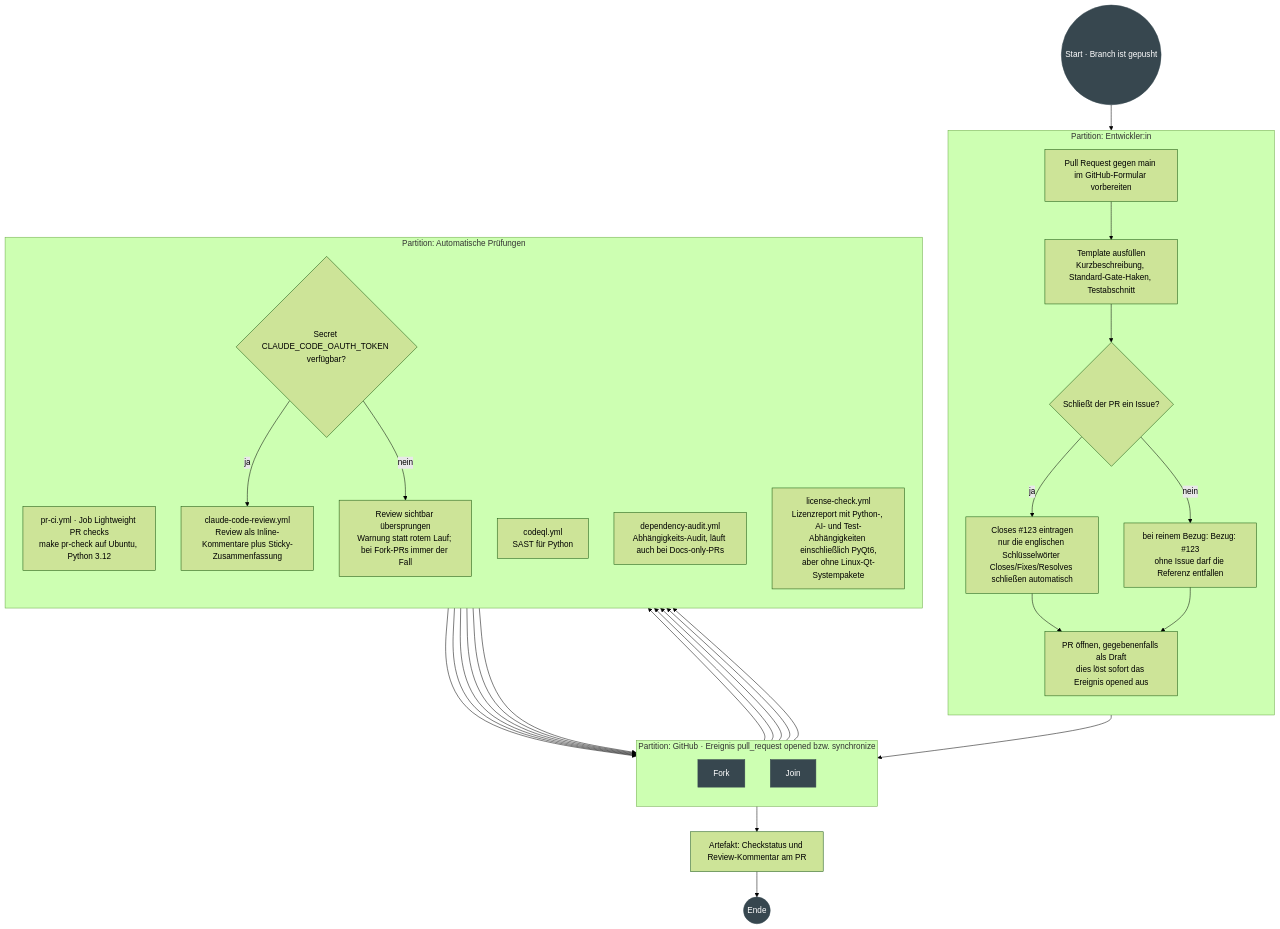
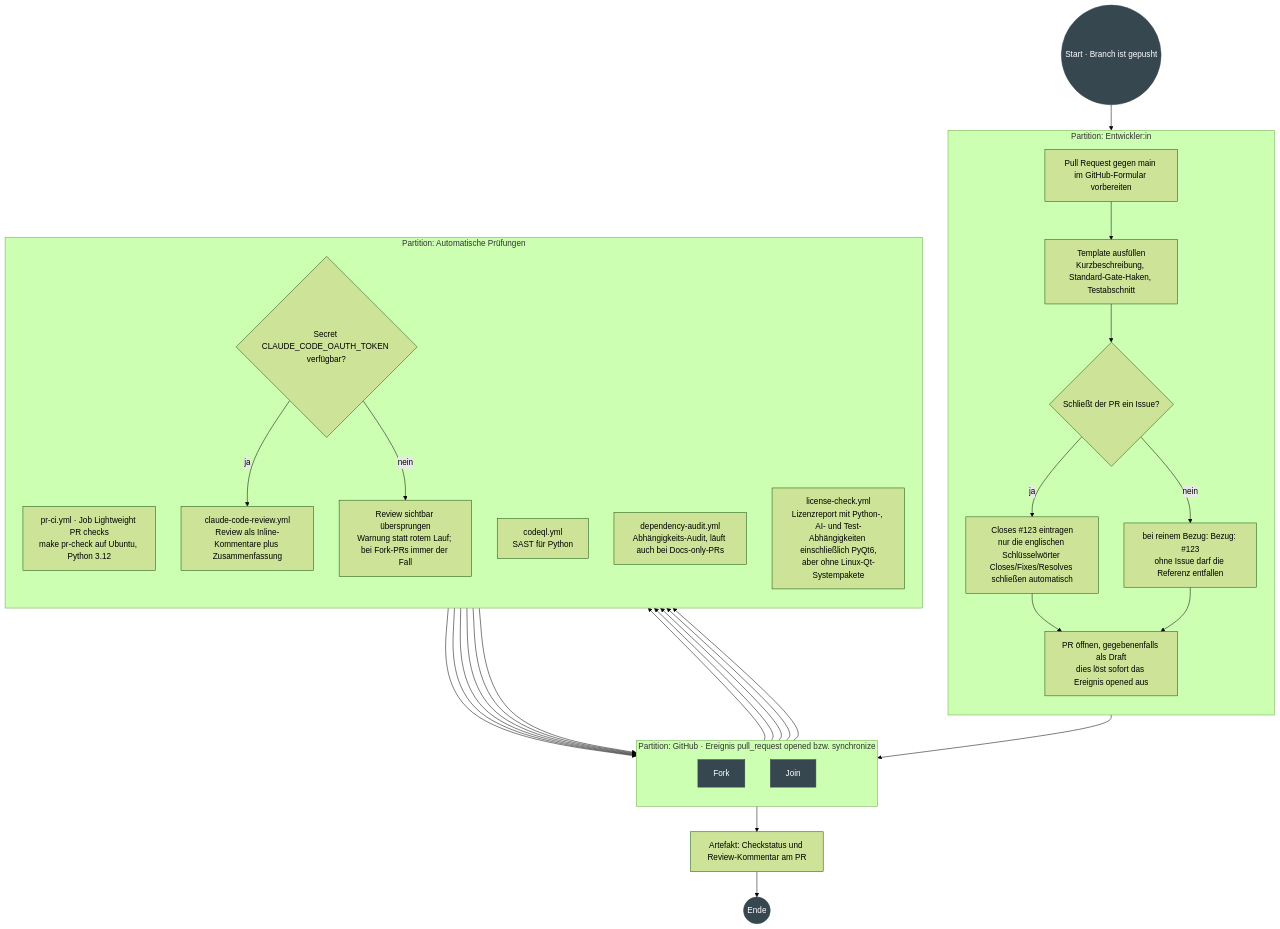
One commit to NikolayDA/picture_helper changed the second of 5 diagrams in docs/PROZESSE_UML.md. Above: the diagram before and after it, drawn with Mermaid (forest theme). The commit also changed other lines of this file and 3 other files, not shown here.

````diff
--- a/docs/PROZESSE_UML.md
+++ b/docs/PROZESSE_UML.md
@@ -178,51 +178,51 @@
 ```mermaid
 flowchart TD
   START(("Start · Branch ist gepusht")):::terminal --> P1
 
   subgraph DEV["Partition: Entwickler:in"]
     direction TB
     P1["Pull Request gegen main im GitHub-Formular vorbereiten"]
     P2["Template ausfüllen<br/>Kurzbeschreibung, Standard-Gate-Haken, Testabschnitt"]
     PQ{"Schließt der PR ein Issue?"}
     P3["Closes #123 eintragen<br/>nur die englischen Schlüsselwörter Closes/Fixes/Resolves schließen automatisch"]
     P4["bei reinem Bezug: Bezug: #123<br/>ohne Issue darf die Referenz entfallen"]
     P5["PR öffnen, gegebenenfalls als Draft<br/>dies löst sofort das Ereignis opened aus"]
   end
 
   subgraph GH["Partition: GitHub · Ereignis pull_request opened bzw. synchronize"]
     direction TB
     F1["Fork"]:::bar
     J1["Join"]:::bar
   end
 
   subgraph CI["Partition: Automatische Prüfungen"]
     direction TB
     C1["pr-ci.yml · Job Lightweight PR checks<br/>make pr-check auf Ubuntu, Python 3.12"]
     C2["codeql.yml<br/>SAST für Python"]
     C3["dependency-audit.yml<br/>Abhängigkeits-Audit, läuft auch bei Docs-only-PRs"]
     C4["license-check.yml<br/>Lizenzreport mit Python-, AI- und Test-Abhängigkeiten einschließlich PyQt6,<br/>aber ohne Linux-Qt-Systempakete"]
     CQ{"Secret CLAUDE_CODE_OAUTH_TOKEN verfügbar?"}
-    C5["claude-code-review.yml<br/>Review als Inline-Kommentare plus Sticky-Zusammenfassung"]
+    C5["claude-code-review.yml<br/>Review als Inline-Kommentare plus Zusammenfassung"]
     C6["Review sichtbar übersprungen<br/>Warnung statt rotem Lauf; bei Fork-PRs immer der Fall"]
   end
 
   P1 --> P2 --> PQ
   PQ -->|"ja"| P3 --> P5
   PQ -->|"nein"| P4 --> P5
   P5 --> F1
   F1 --> C1
   F1 --> C2
   F1 --> C3
   F1 --> C4
   F1 --> CQ
   CQ -->|"ja"| C5 --> J1
   CQ -->|"nein"| C6 --> J1
   C1 --> J1
   C2 --> J1
   C3 --> J1
   C4 --> J1
   J1 --> S1["Artefakt: Checkstatus und Review-Kommentar am PR"] --> ENDE(("Ende")):::terminal
 
   classDef terminal fill:#37474f,stroke:#37474f,color:#ffffff;
   classDef bar fill:#37474f,stroke:#37474f,color:#ffffff;
 ```
````
